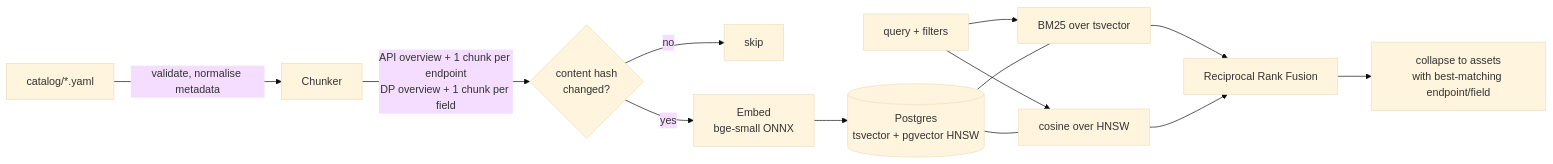
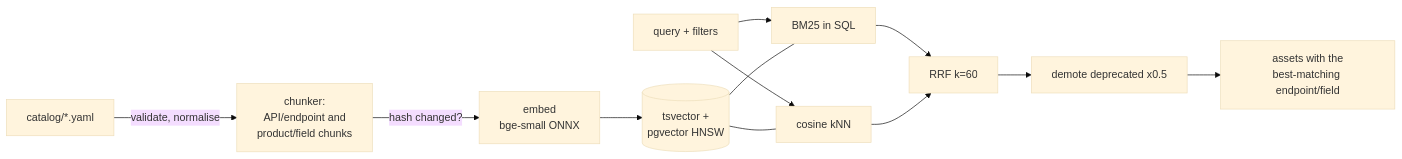
One commit to RidhanPar/api-data-discovery-mcp changed the second of 2 diagrams in README.md. Above: the diagram before and after it, drawn with Mermaid (base theme). The commit also changed other lines of this file and 3 other files, not shown here.

````diff
--- a/README.md
+++ b/README.md
@@ -40,15 +104,14 @@
 ```mermaid
 flowchart LR
-    F[catalog/*.yaml] -->|validate, normalise metadata| C[Chunker]
-    C -->|API overview + 1 chunk per endpoint<br/>DP overview + 1 chunk per field| H{content hash<br/>changed?}
-    H -->|no| S[skip]
-    H -->|yes| E[Embed<br/>bge-small ONNX]
-    E --> PG[(Postgres<br/>tsvector + pgvector HNSW)]
-    Q[query + filters] --> L[BM25 over tsvector]
-    Q --> V[cosine over HNSW]
+    F[catalog/*.yaml] -->|validate, normalise| C[chunker:<br/>API/endpoint and<br/>product/field chunks]
+    C -->|hash changed?| E[embed<br/>bge-small ONNX]
+    E --> PG[(tsvector +<br/>pgvector HNSW)]
+    Q[query + filters] --> L[BM25 in SQL]
+    Q --> V[cosine kNN]
     PG --- L
     PG --- V
-    L --> R[Reciprocal Rank Fusion]
+    L --> R[RRF k=60]
     V --> R
-    R --> A[collapse to assets<br/>with best-matching endpoint/field]
+    R --> D[demote deprecated x0.5]
+    D --> A[assets with the<br/>best-matching endpoint/field]
 ```
````
